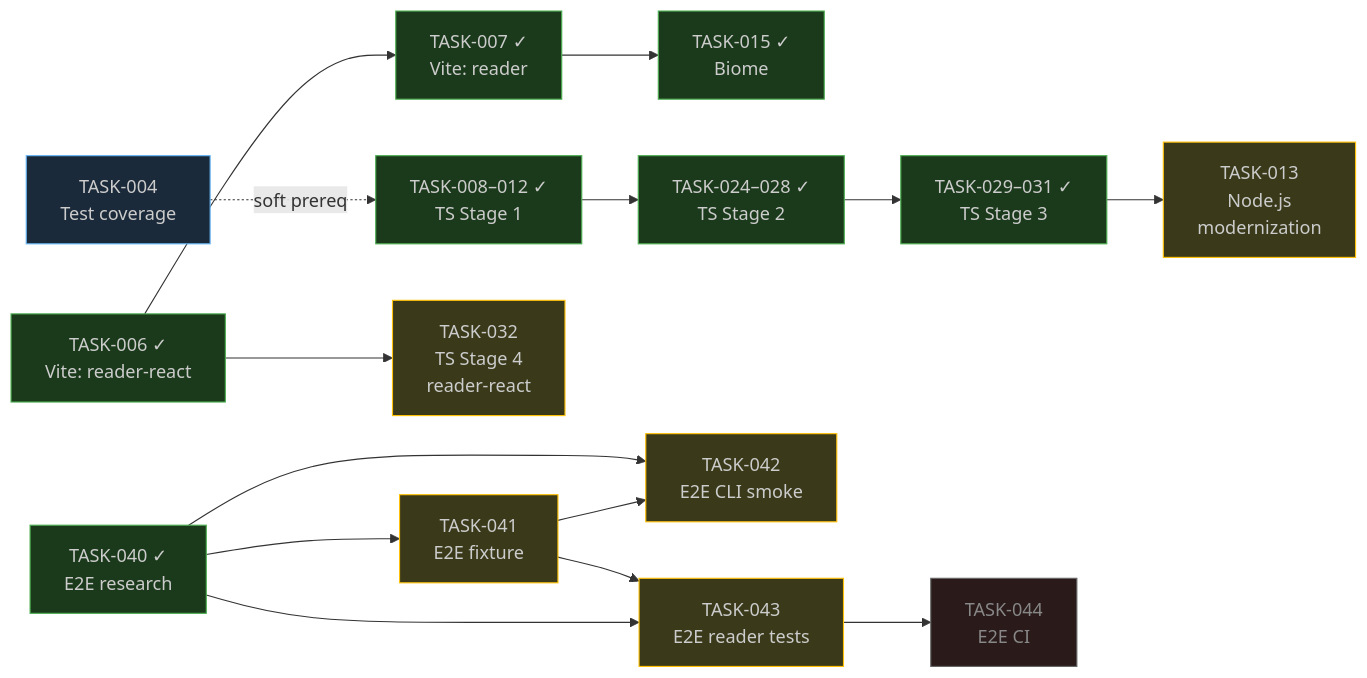
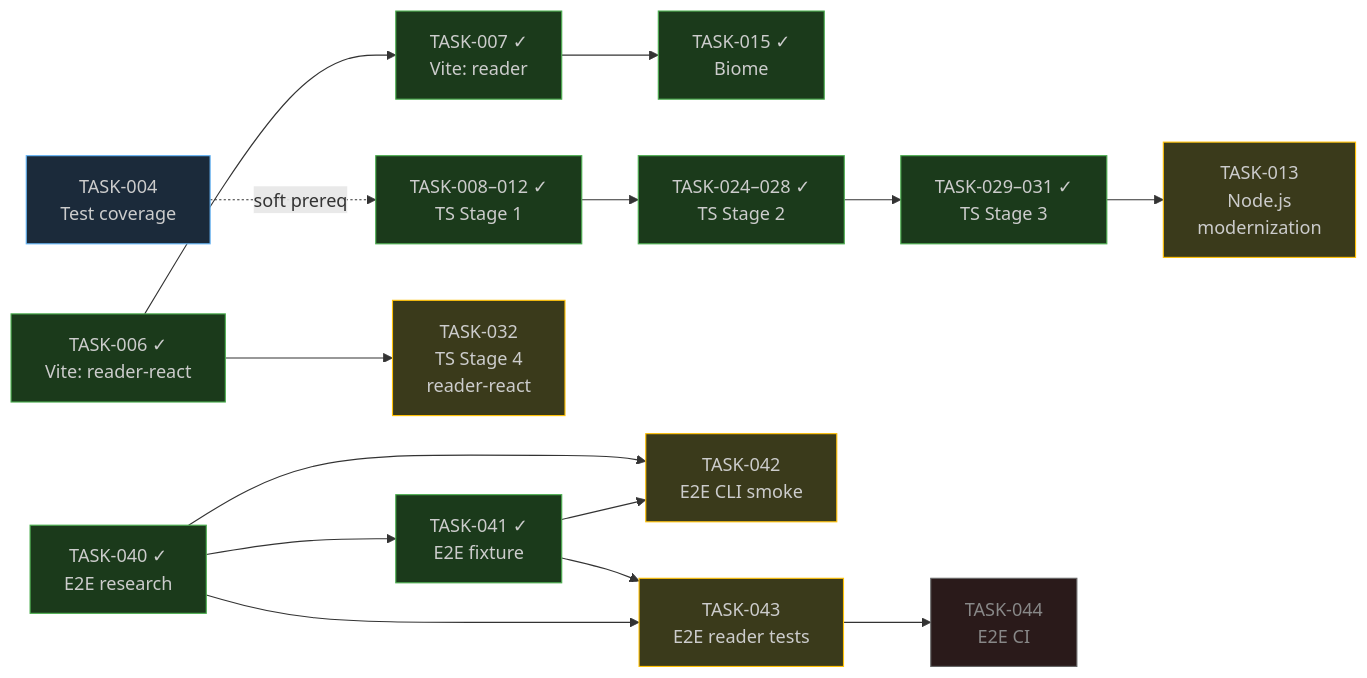
Before and after one commit to triplecanopy/b-ber: the diagram in PLAN.md, drawn with Mermaid. The commit also changed other lines of this file and 23 other files, not shown here.

First line of the commit message:
feat(monorepo): complete TASK-041 — add kitchen-sink fixture project

````diff
--- a/PLAN.md
+++ b/PLAN.md
@@ -135,38 +135,38 @@
 ```mermaid
 graph LR
   classDef done fill:#1b3a1b,stroke:#4caf50,color:#ccc
   classDef active fill:#1b2a3a,stroke:#64b5f6,color:#ccc
   classDef ready fill:#3a3a1b,stroke:#ffc107,color:#ccc
   classDef blocked fill:#2a1a1a,stroke:#666,color:#888
 
   T006["TASK-006 ✓\nVite: reader-react"]:::done
   T007["TASK-007 ✓\nVite: reader"]:::done
   T015["TASK-015 ✓\nBiome"]:::done
 
   T008["TASK-008–012 ✓\nTS Stage 1"]:::done
   T024["TASK-024–028 ✓\nTS Stage 2"]:::done
   T029["TASK-029–031 ✓\nTS Stage 3"]:::done
 
   T013["TASK-013\nNode.js\nmodernization"]:::ready
   T032["TASK-032\nTS Stage 4\nreader-react"]:::ready
 
   T004["TASK-004\nTest coverage"]:::active
 
   T040["TASK-040 ✓\nE2E research"]:::done
-  T041["TASK-041\nE2E fixture"]:::ready
+  T041["TASK-041 ✓\nE2E fixture"]:::done
   T042["TASK-042\nE2E CLI smoke"]:::ready
   T043["TASK-043\nE2E reader tests"]:::ready
   T044["TASK-044\nE2E CI"]:::blocked
 
   T006 --> T007 --> T015
   T008 --> T024 --> T029 --> T013
   T006 --> T032
   T004 -. "soft prereq" .-> T008
 
   T040 --> T041
   T040 --> T043
   T041 --> T042
   T041 --> T043
   T040 --> T042
   T043 --> T044
 ```
````
